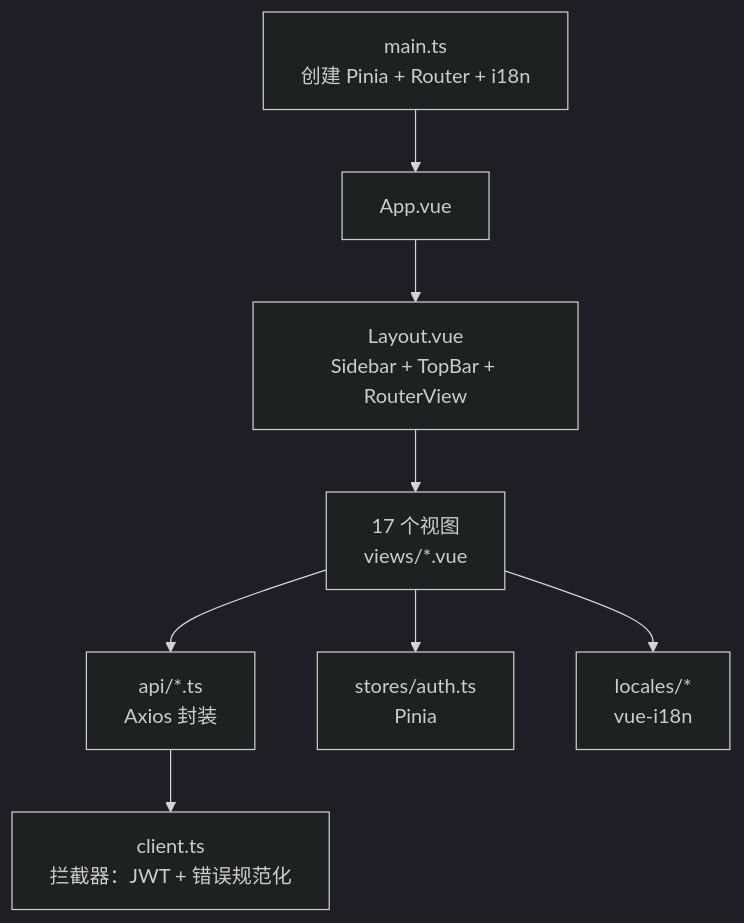
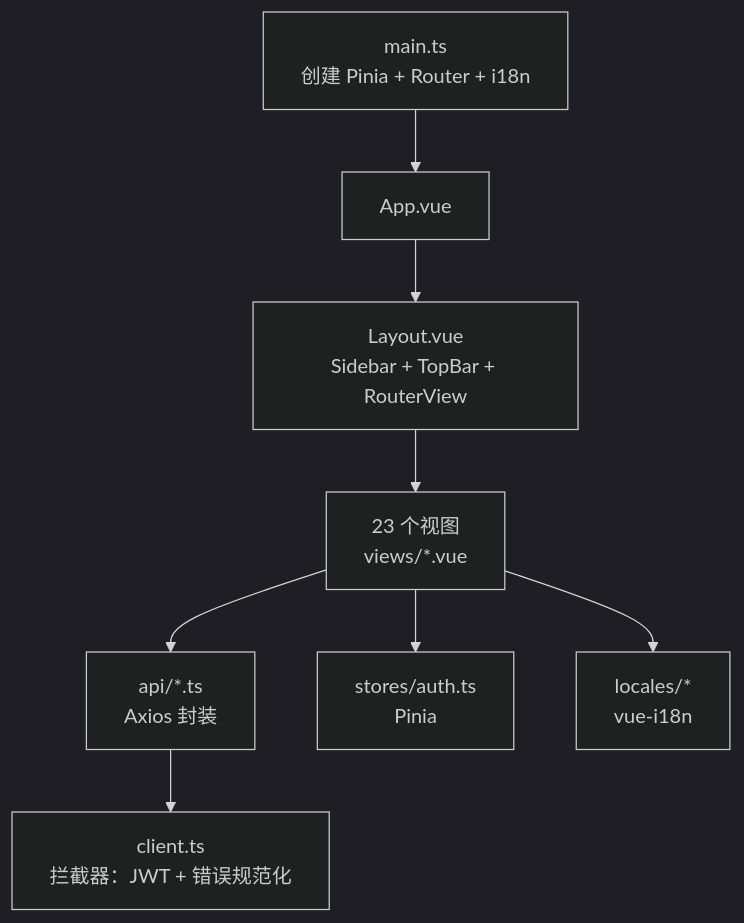
The fourth of 5 diagrams in Doc/01-架构设计.md (Forevery1021/Flamepanel), drawn with Mermaid (dark theme) before and after one commit. The commit also changed other lines of this file and 264 other files, not shown here.

````diff
--- a/Doc/01-架构设计.md
+++ b/Doc/01-架构设计.md
@@ -173,10 +192,10 @@
 ```mermaid
 flowchart TD
     Main["main.ts<br/>创建 Pinia + Router + i18n"] --> App["App.vue"]
     App --> Layout["Layout.vue<br/>Sidebar + TopBar + RouterView"]
-    Layout --> Views["17 个视图<br/>views/*.vue"]
+    Layout --> Views["23 个视图<br/>views/*.vue"]
     Views --> API["api/*.ts<br/>Axios 封装"]
     Views --> Stores["stores/auth.ts<br/>Pinia"]
     Views --> Locales["locales/*<br/>vue-i18n"]
     API --> Client["client.ts<br/>拦截器：JWT + 错误规范化"]
 ```
````
